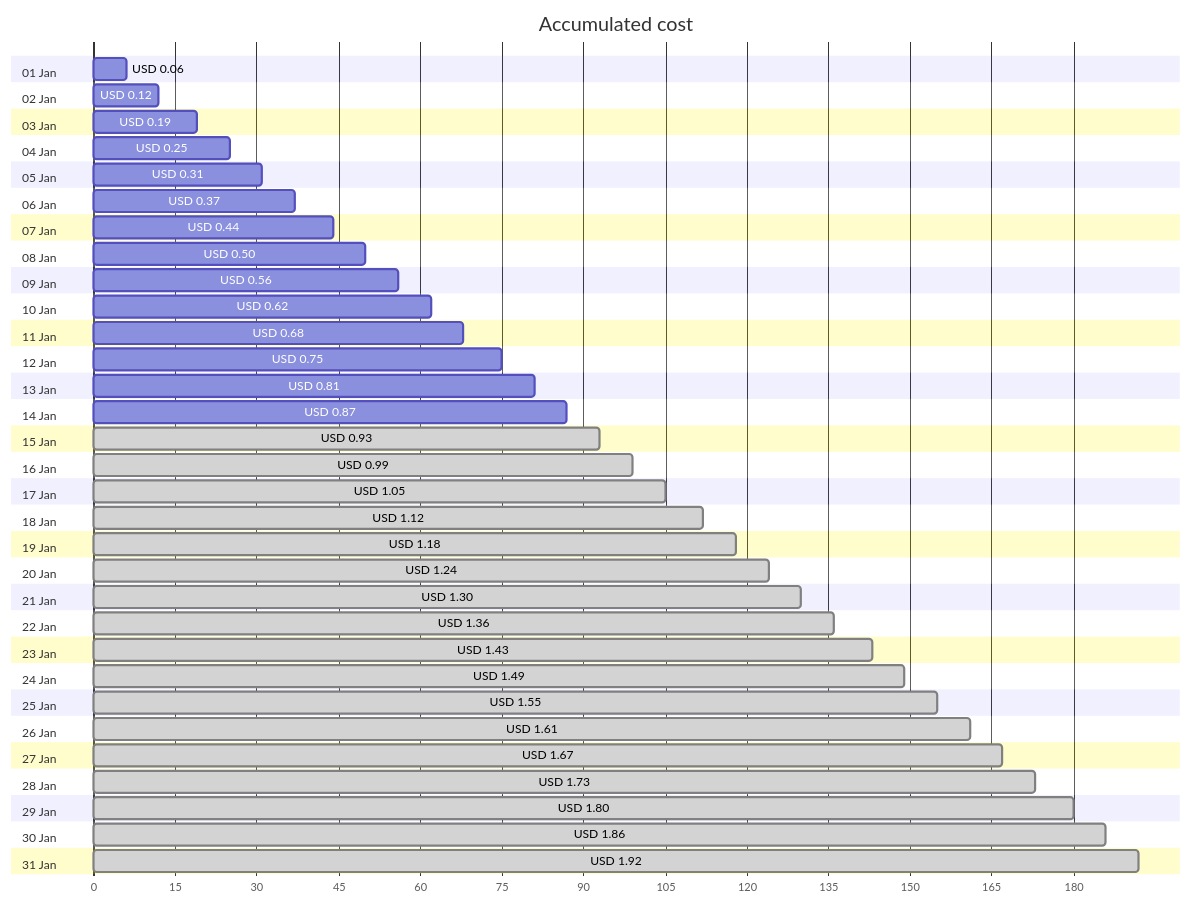
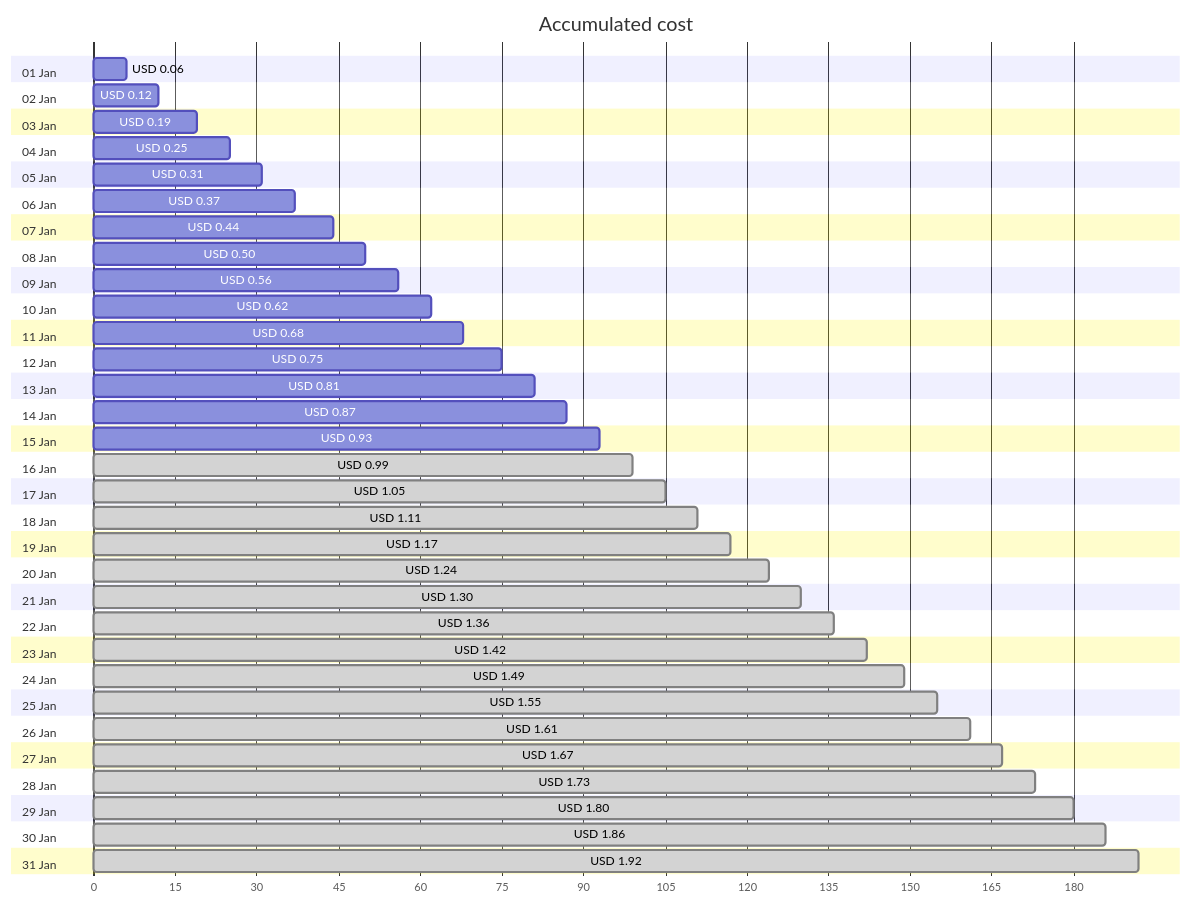
The first of 4 diagrams in cost-reports/personal-network/vpn-server_OsDisk.md (jpfulton/azure-personal-reports), drawn with Mermaid before and after one commit. The commit also changed other lines of this file and 8 other files, not shown here.

````diff
--- a/cost-reports/personal-network/vpn-server_OsDisk.md
+++ b/cost-reports/personal-network/vpn-server_OsDisk.md
@@ -20,68 +20,68 @@
 ```mermaid
 gantt
    title Accumulated cost
    dateFormat  X
    axisFormat %s
    section 01 Jan
    USD 0.06 :0, 6
    section 02 Jan
    USD 0.12 :0, 12
    section 03 Jan
    USD 0.19 :0, 19
    section 04 Jan
    USD 0.25 :0, 25
    section 05 Jan
    USD 0.31 :0, 31
    section 06 Jan
    USD 0.37 :0, 37
    section 07 Jan
    USD 0.44 :0, 44
    section 08 Jan
    USD 0.50 :0, 50
    section 09 Jan
    USD 0.56 :0, 56
    section 10 Jan
    USD 0.62 :0, 62
    section 11 Jan
    USD 0.68 :0, 68
    section 12 Jan
    USD 0.75 :0, 75
    section 13 Jan
    USD 0.81 :0, 81
    section 14 Jan
    USD 0.87 :0, 87
    section 15 Jan
-   USD 0.93 : done, 0, 93
+   USD 0.93 :0, 93
    section 16 Jan
    USD 0.99 : done, 0, 99
    section 17 Jan
    USD 1.05 : done, 0, 105
    section 18 Jan
-   USD 1.12 : done, 0, 112
+   USD 1.11 : done, 0, 111
    section 19 Jan
-   USD 1.18 : done, 0, 118
+   USD 1.17 : done, 0, 117
    section 20 Jan
    USD 1.24 : done, 0, 124
    section 21 Jan
    USD 1.30 : done, 0, 130
    section 22 Jan
    USD 1.36 : done, 0, 136
    section 23 Jan
-   USD 1.43 : done, 0, 143
+   USD 1.42 : done, 0, 142
    section 24 Jan
    USD 1.49 : done, 0, 149
    section 25 Jan
    USD 1.55 : done, 0, 155
    section 26 Jan
    USD 1.61 : done, 0, 161
    section 27 Jan
    USD 1.67 : done, 0, 167
    section 28 Jan
    USD 1.73 : done, 0, 173
    section 29 Jan
    USD 1.80 : done, 0, 180
    section 30 Jan
    USD 1.86 : done, 0, 186
    section 31 Jan
    USD 1.92 : done, 0, 192
 ```
````
